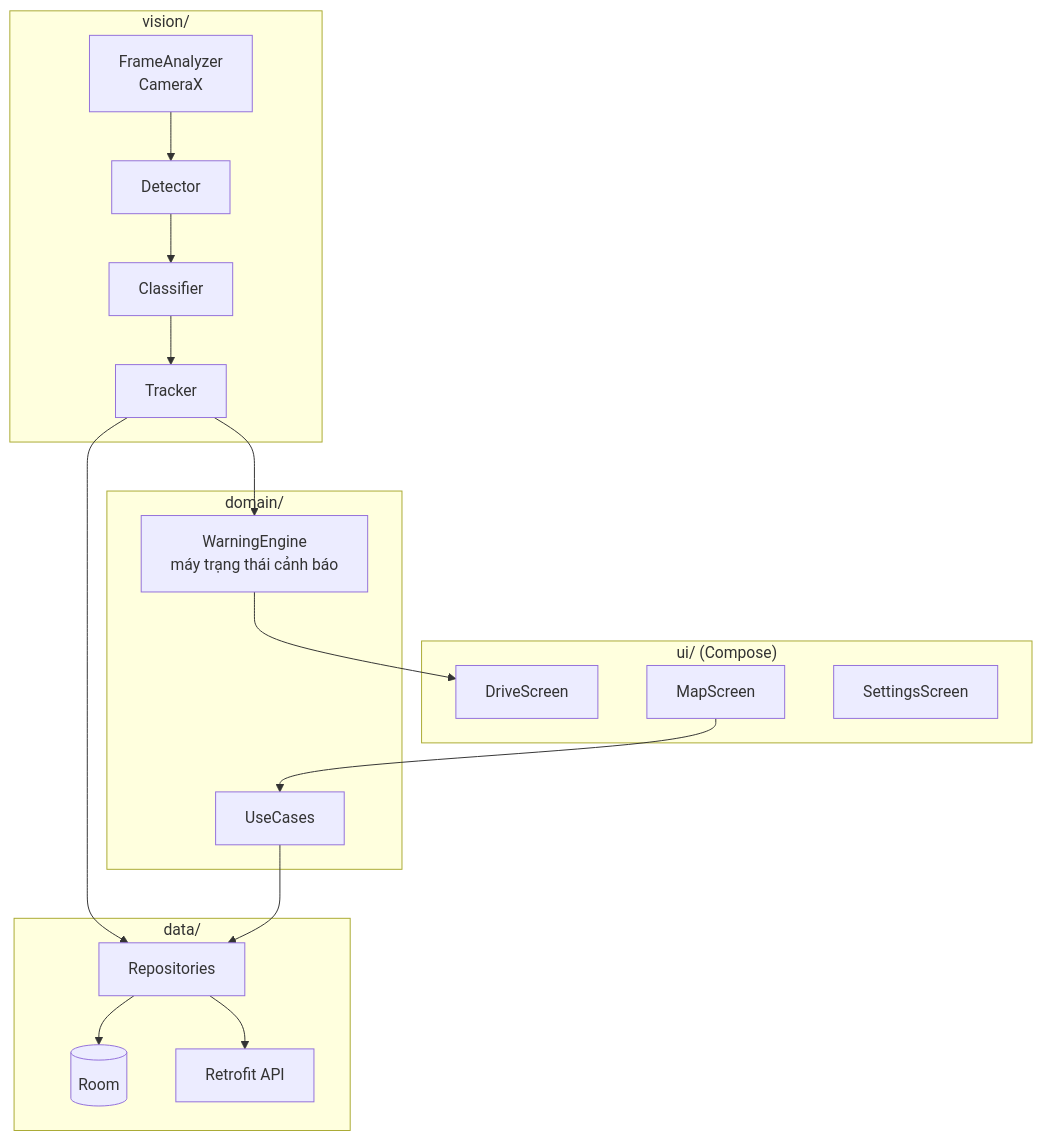
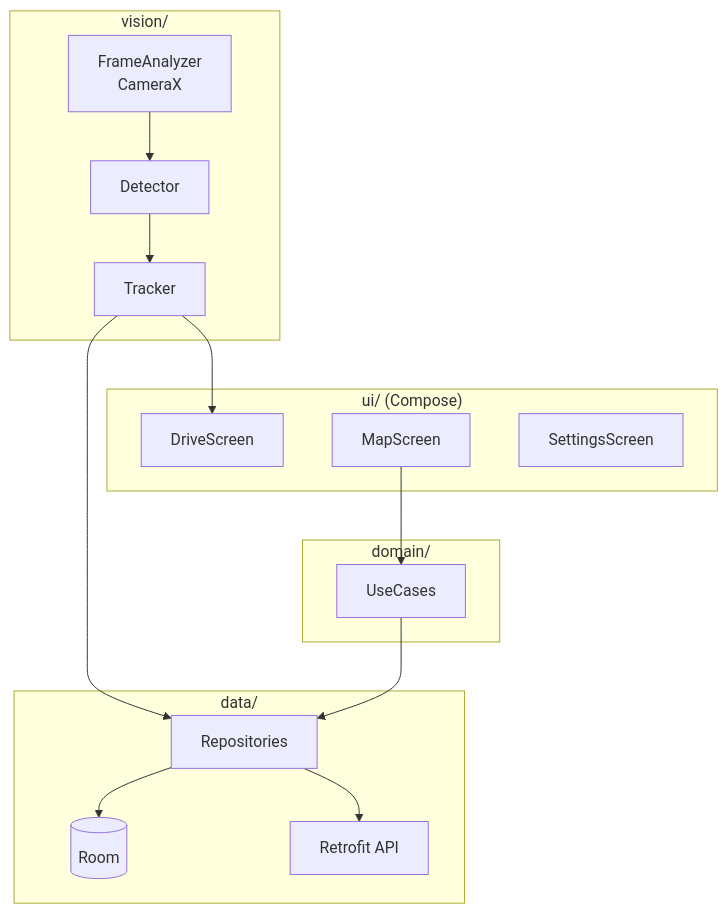
One commit to hana200804/DA changed the diagram in mobile/README.md. Above: the diagram before and after it, drawn with Mermaid. The commit also changed other lines of this file and 10 other files, not shown here.

````diff
--- a/mobile/README.md
+++ b/mobile/README.md
@@ -67,27 +67,25 @@
 ```mermaid
 flowchart TB
     subgraph UI["ui/ (Compose)"]
         DriveScreen
         MapScreen
         SettingsScreen
     end
     subgraph Domain["domain/"]
-        WarningEngine["WarningEngine<br/>máy trạng thái cảnh báo"]
         UseCases
     end
     subgraph Data["data/"]
         Repo[Repositories]
         Room[(Room)]
         Api[Retrofit API]
     end
     subgraph Vision["vision/"]
-        Analyzer[FrameAnalyzer<br/>CameraX] --> Detector --> Classifier --> Tracker
+        Analyzer[FrameAnalyzer<br/>CameraX] --> Detector --> Tracker
     end
 
-    Tracker --> WarningEngine
-    WarningEngine --> DriveScreen
+    Tracker --> DriveScreen
     Tracker --> Repo
     Repo --> Room
     Repo --> Api
     MapScreen --> UseCases --> Repo
 ```
````
